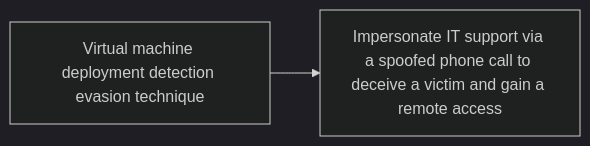
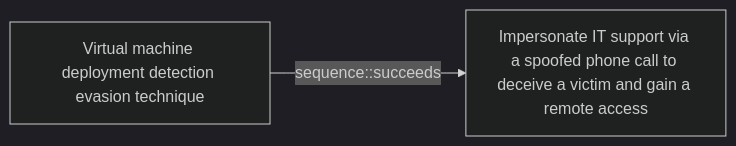
One commit to opentidehq/library changed the diagram in docs/threats/virtual-machine-deployment-detection-evasion-technique.md. Above: the diagram before and after it, drawn with Mermaid (dark theme). The commit also changed other lines of this file and 277 other files, not shown here.

````diff
--- a/docs/threats/virtual-machine-deployment-detection-evasion-technique.md
+++ b/docs/threats/virtual-machine-deployment-detection-evasion-technique.md
@@ -45,6 +79,6 @@
 ```mermaid
 flowchart LR
 60bd6a35_3a71_47c2_8110_4562fb40976c["Virtual machine deployment detection evasion technique"]
 c4456134_df7b_4969_b5ff_a24794996890["Impersonate IT support via a spoofed phone call to deceive a victim and gain a remote access"]
-60bd6a35_3a71_47c2_8110_4562fb40976c --> c4456134_df7b_4969_b5ff_a24794996890
+60bd6a35_3a71_47c2_8110_4562fb40976c -->|sequence::succeeds| c4456134_df7b_4969_b5ff_a24794996890
 ```
````
